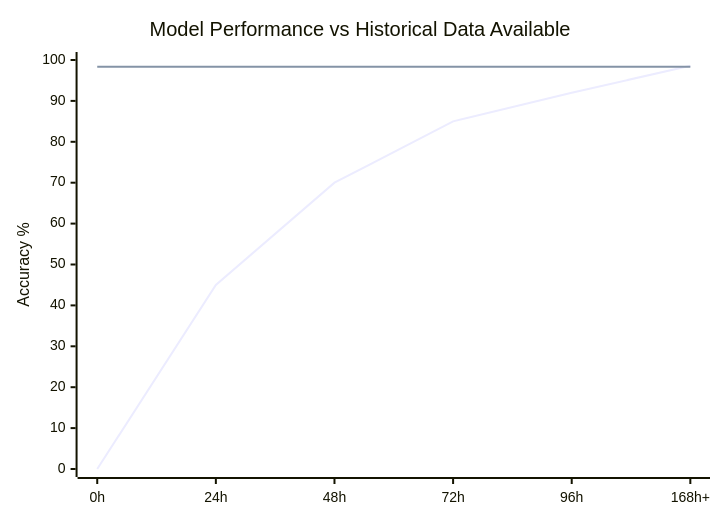
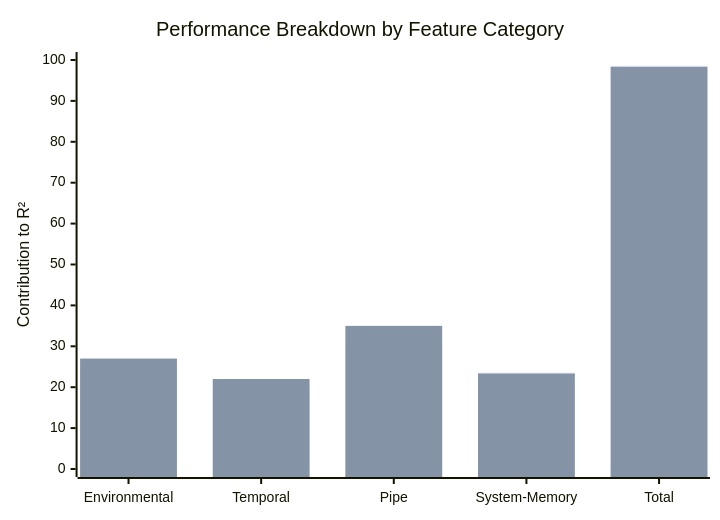
Before and after one commit to GameHelix/centipede: the seventh of 9 diagrams in physics/analyse.md, drawn with Mermaid. The commit also changed other lines of this file, not shown here.

````diff
--- a/physics/analyse.md
+++ b/physics/analyse.md
@@ -267,8 +488,8 @@
 ```mermaid
 xychart-beta
-    title "Model Performance vs Historical Data Available"
-    x-axis [0h, 24h, 48h, 72h, 96h, 168h+]
-    y-axis "Accuracy %" 0 --> 100
-    line "Clean Model" [0, 45, 70, 85, 92, 98.59]
-    line "Pure Physics" [98.35, 98.35, 98.35, 98.35, 98.35, 98.35]
+    title "Performance Breakdown by Feature Category"
+    x-axis [Environmental, Temporal, Pipe, System-Memory, Total]
+    y-axis "Contribution to R²" 0 --> 100
+    bar "Clean Model" [25, 20, 30, 23.59, 98.59]
+    bar "Pure Physics" [27, 22, 35, 23.35, 98.35]
 ```
````
